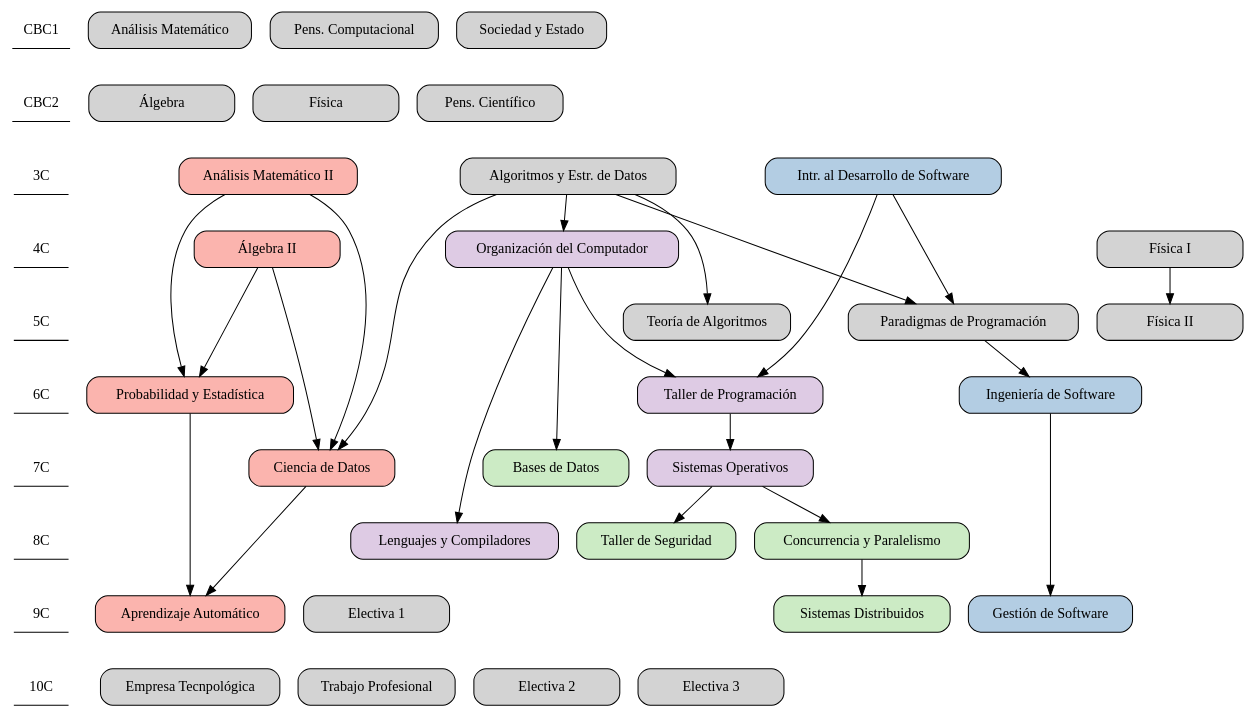
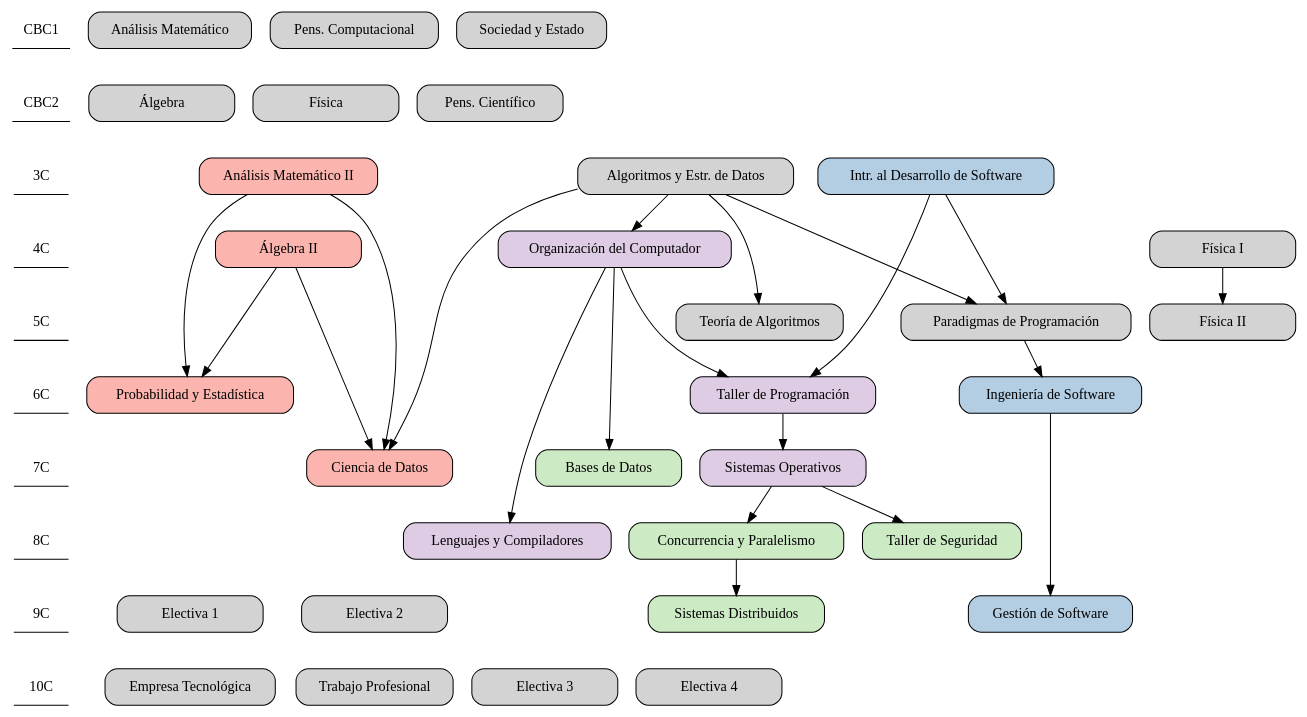
One commit to ing-informatica-fiuba/ing-informatica-fiuba.github.io changed the diagram in graph.dot. Above: the diagram before and after it, drawn with Graphviz.

```diff
--- a/graph.dot
+++ b/graph.dot
@@ -1,74 +1,74 @@
 digraph {
     # grilla vertical de cuatrimestres
     node[shape=underline]
     "CBC1" -> "CBC2" -> "3C" -> "4C" -> "5C" -> "6C" -> "7C" -> "8C" -> "9C" -> "10C" [style=invis]
 
     # lista de materias
     node [shape=box, style="rounded,filled", width=2, colorscheme=pastel14]
     am1[label="Análisis Matemático"]
     alg1[label="Álgebra"]
     pco[label="Pens. Computacional"]
     sye[label="Sociedad y Estado"]
     fis[label="Física"]
     pci[label="Pens. Científico"]
 
     am2[label="Análisis Matemático II", fillcolor=1, group=1]
     alg2[label="Álgebra II", fillcolor=1, group=1]
     aye[label="Algoritmos y Estr. de Datos"]
     ids[label="Intr. al Desarrollo de Software", fillcolor=2, group=2]
     is[label="Ingeniería de Software", fillcolor=2, group=2]
     gs[label="Gestión de Software", fillcolor=2, group=2]
     par[label="Paradigmas de Programación"]
     tda[label="Teoría de Algoritmos"]
     fi1[label="Física I"]
     fi2[label="Física II"]
     org[label="Organización del Computador", fillcolor=4, group=4]
     tal[label="Taller de Programación", fillcolor=4, group=4]
     lyc[label="Lenguajes y Compiladores", fillcolor=4, group=4]
     so[label="Sistemas Operativos", fillcolor=4, group=4]
     pro[label="Probabilidad y Estadística", fillcolor=1, group=1]
     ds[label="Ciencia de Datos", fillcolor=1, group=1]
-    ml[label="Aprendizaje Automático", fillcolor=1, group=1]
     bd[label="Bases de Datos", fillcolor=3, group=3]
     seg[label="Taller de Seguridad", fillcolor=3, group=3]
     con[label="Concurrencia y Paralelismo", fillcolor=3, group=3]
     dis[label="Sistemas Distribuidos", fillcolor=3, group=3]
 
     e1[label="Electiva 1"]
     e2[label="Electiva 2"]
     e3[label="Electiva 3"]
+    e4[label="Electiva 4"]
     tp[label="Trabajo Profesional"]
-    emp[label="Empresa Tecnpológica"]
+    emp[label="Empresa Tecnológica"]
 
     # distribucion por cuatrimestre
     {rank = same; "CBC1"; am1;  sye; pco;}
     {rank = same; "CBC2"; alg1;  fis; pci;}
     {rank = same; "3C"; am2;  aye; ids;}
     {rank = same; "4C"; alg2; fi1; org;}
     {rank = same; "5C"; fi2; par; tda;}
     {rank = same; "6C"; pro; tal; is;}
     {rank = same; "7C"; so;bd; ds;}
     {rank = same; "8C"; lyc; con;seg;}
-    {rank = same; "9C"; dis; gs; ml; e1}
-    {rank = same; "10C"; emp; tp; e2; e3}
+    {rank = same; "9C"; dis; gs; e1; e2}
+    {rank = same; "10C"; emp; tp; e3; e4}
 
     # correlatividades
     aye ->  org -> tal -> so -> con -> dis
     ids ->  par -> is -> gs
     aye ->  par
     aye ->  tda
     aye ->  ds
     ids ->  tal
-    am2 ->  pro -> ml
+    am2 ->  pro
     alg2 -> pro 
     am2 -> ds
-    alg2 ->  ds -> ml
+    alg2 ->  ds
     org ->  lyc
     org ->  bd
     fi1 ->  fi2
     so  ->  seg
 
     # estas son solo para mantener la disposicion
-    ml  -> emp[style=invis]
-    ds  -> e1 -> tp[style=invis]
+    pro  -> e1 -> emp[style=invis]
+    ds  -> e2 -> tp[style=invis]
 }
```
